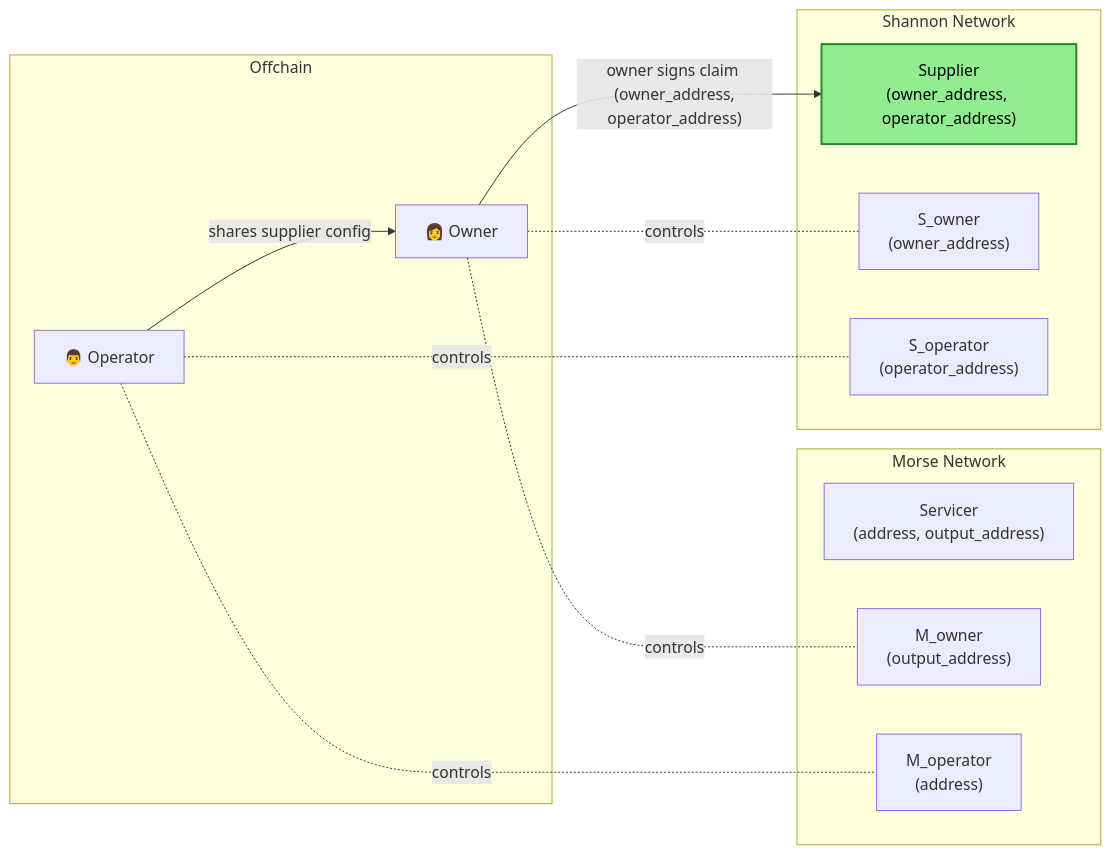
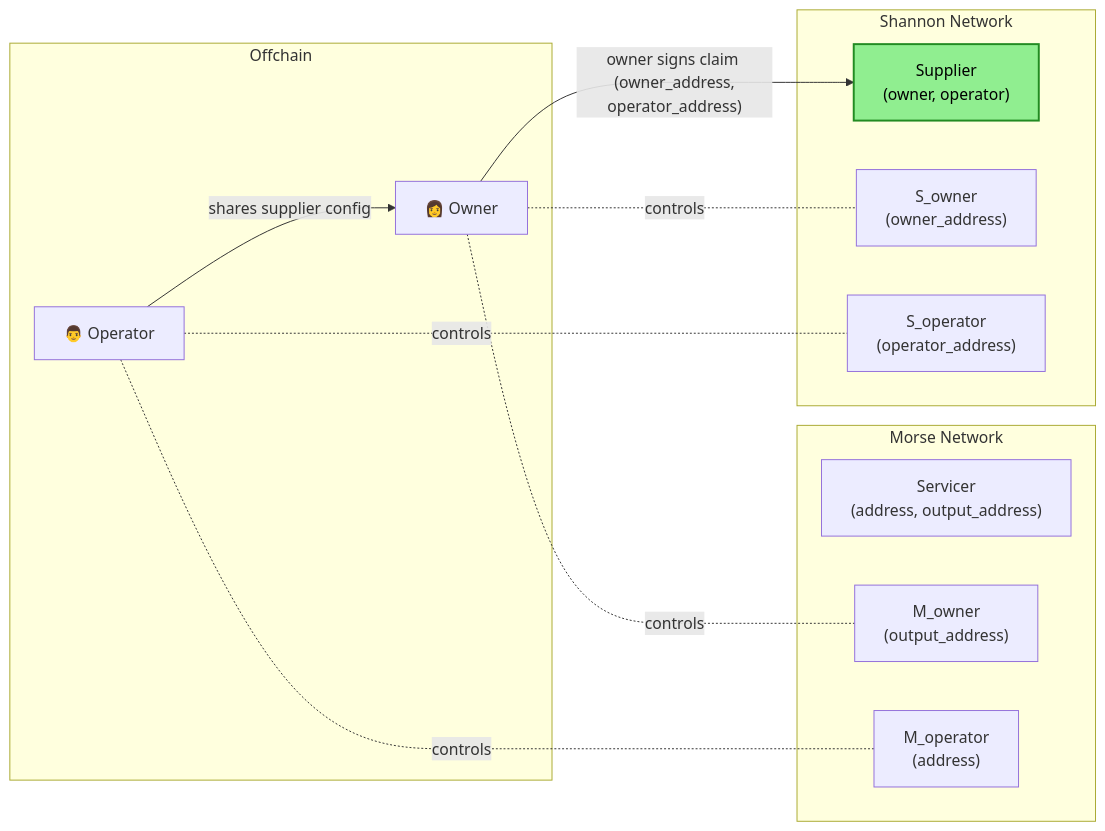
Before and after one commit to pokt-network/poktroll: the second of 4 diagrams in docusaurus/docs/2_explore/4_morse_migration/10_non_custodial_intro.md, drawn with Mermaid. The commit also changed other lines of this file, not shown here.

````diff
--- a/docusaurus/docs/2_explore/4_morse_migration/10_non_custodial_intro.md
+++ b/docusaurus/docs/2_explore/4_morse_migration/10_non_custodial_intro.md
@@ -148,30 +148,30 @@
 ```mermaid
 graph LR
     subgraph Offchain[Offchain]
         Owner["👩 Owner"]
         Operator["👨 Operator"]
     end
 
     subgraph Morse[Morse Network]
         Servicer["Servicer<br/>(address, output_address)"]
         M_owner["M_owner<br/>(output_address)"]
         M_operator["M_operator<br/>(address)"]
     end
 
     subgraph Shannon[Shannon Network]
-        Supplier["Supplier<br/>(owner_address, operator_address)"]
+        Supplier["Supplier<br/>(owner, operator)"]
         S_owner["S_owner<br/>(owner_address)"]
         S_operator["S_operator<br/>(operator_address)"]
     end
 
     Owner -.-|"controls"| M_owner
     Owner -.-|"controls"| S_owner
     Operator -.-|"controls"| M_operator
     Operator -.-|"controls"| S_operator
 
     Operator -->|shares supplier config<br/> | Owner
     Owner -->|"owner signs claim <br/> (owner_address, operator_address)"| Supplier
 
     classDef green fill:#90EE90,stroke:#228B22,stroke-width:2px,color:#000000
     class Supplier green
 ```
````
